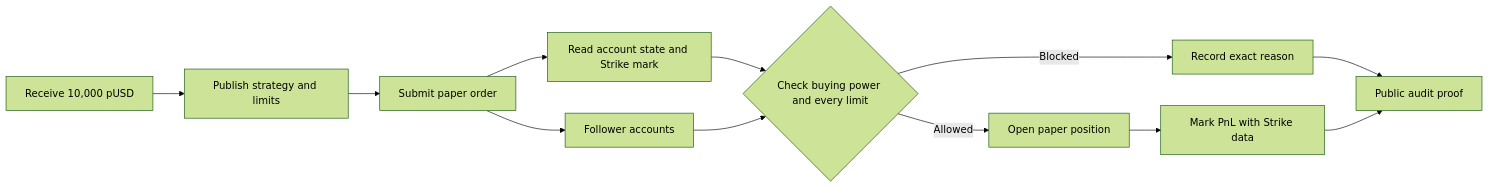
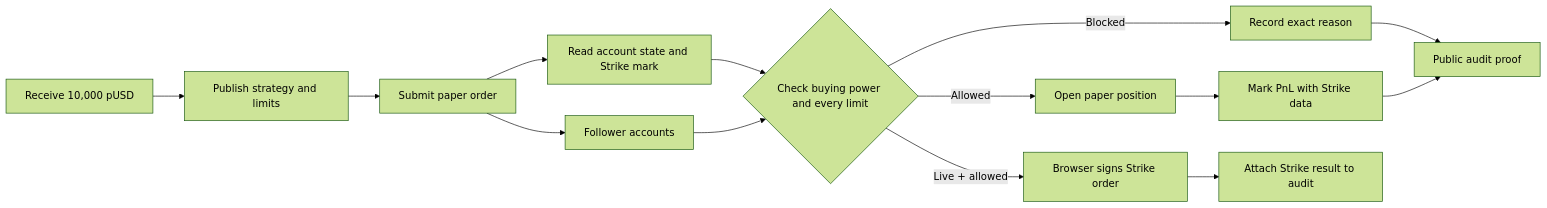
Before and after one commit to Datwebguy/Limitleague: the diagram in README.md, drawn with Mermaid (forest theme). The commit also changed other lines of this file and 7 other files, not shown here.

Commit message:
Add server-gated Strike live execution

````diff
--- a/README.md
+++ b/README.md
@@ -29,14 +31,16 @@
 ```mermaid
 flowchart LR
     A[Receive 10,000 pUSD] --> B[Publish strategy and limits]
     B --> C[Submit paper order]
     C --> D[Read account state and Strike mark]
     D --> E{Check buying power and every limit}
     E -->|Allowed| F[Open paper position]
     E -->|Blocked| G[Record exact reason]
     F --> H[Mark PnL with Strike data]
     G --> I[Public audit proof]
     H --> I
     C --> J[Follower accounts]
     J --> E
+    E -->|Live + allowed| K[Browser signs Strike order]
+    K --> L[Attach Strike result to audit]
 ```
````
